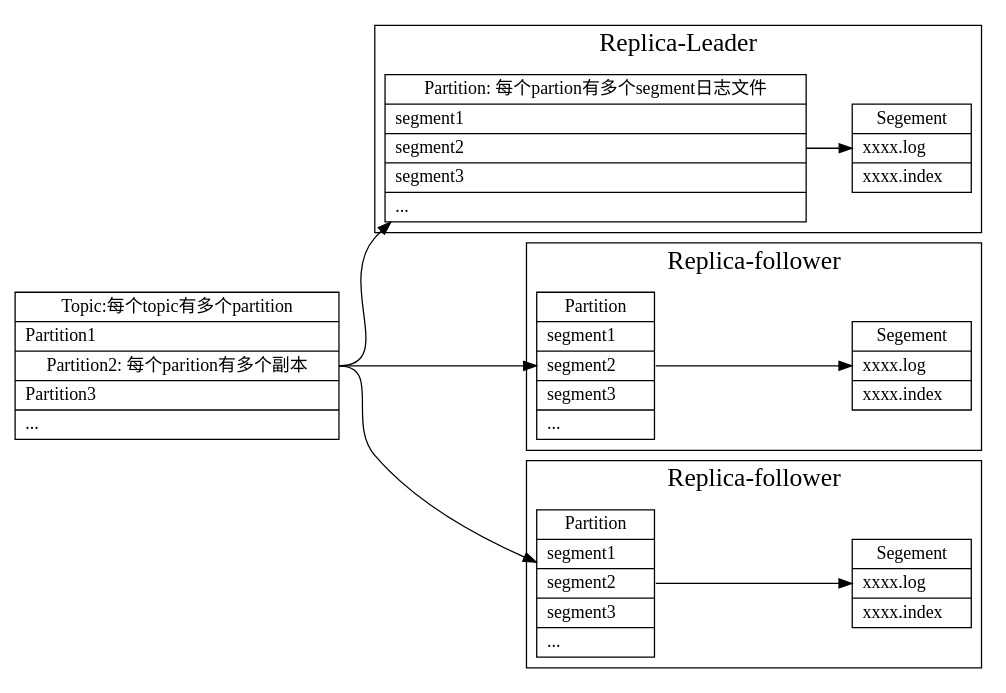
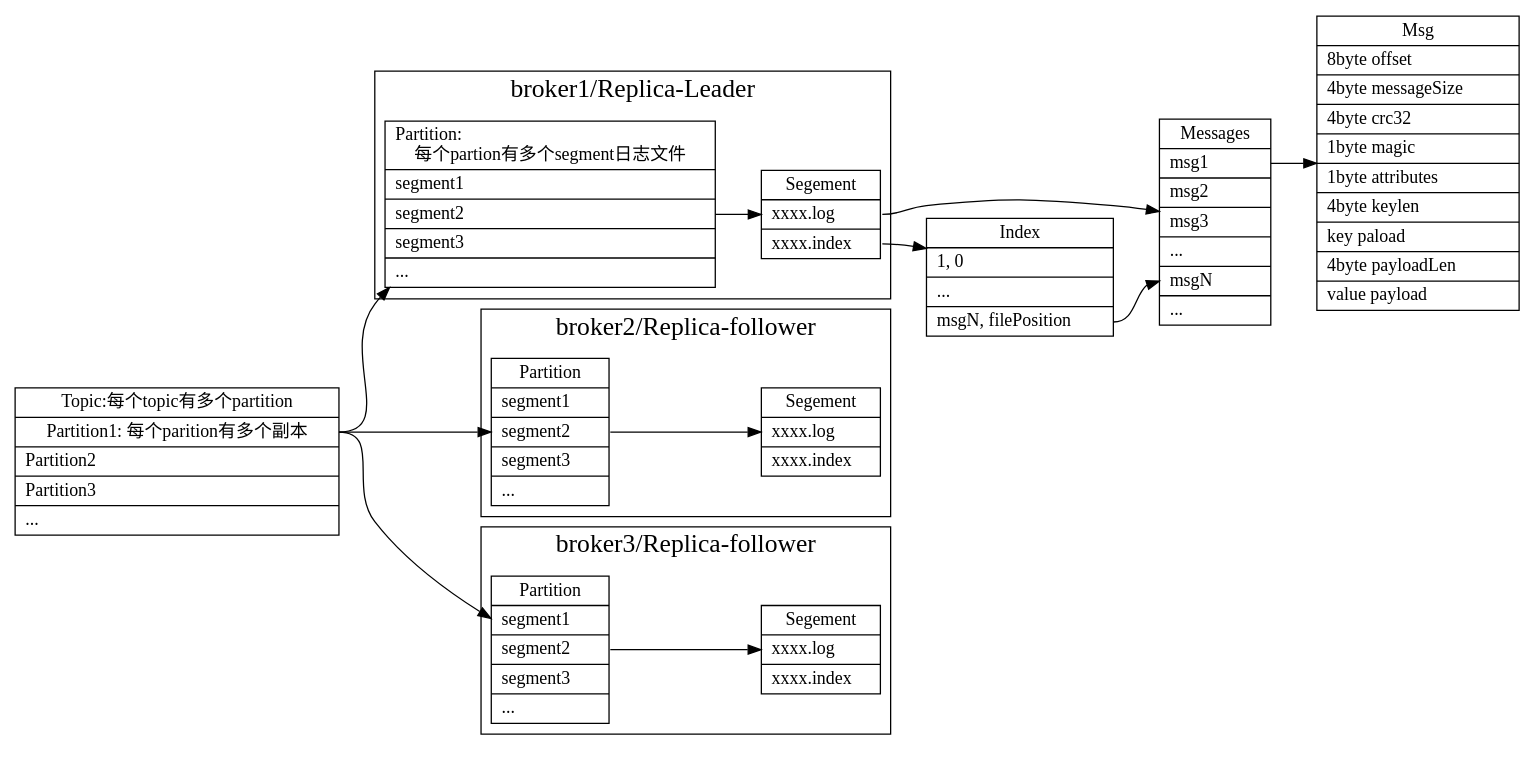
Before and after one commit to xieyu/blog: the diagram in src/kafka/log_struct.dot, drawn with Graphviz. The commit also changed 4 other files, not shown here.

```diff
--- a/src/kafka/log_struct.dot
+++ b/src/kafka/log_struct.dot
@@ -1,82 +1,122 @@
 digraph logStruct {
   node[shape=box];
   newrank=true;
   rankdir=LR;
   Topic[shape="record";
     label="{{
       Topic:每个topic有多个partition|
-        Partition1\l|
-        <p> Partition2: 每个parition有多个副本|
+        <p> Partition1: 每个parition有多个副本|
+        Partition2 \l|
         Partition3\l|
         ...\l
     }}";
   ];
 
   Partition[shape="record";
     label="{{
-      Partition: 每个partion有多个segment日志文件|
+      Partition:\l每个partion有多个segment日志文件|
         segment1 \l|
         <s> segment2 \l|
         segment3 \l|
         ... \l
     }}";
   ];
   Segement[shape="record";
     label="{{
       Segement|
-        xxxx.log\l|
-        xxxx.index\l
+        <msg> xxxx.log\l|
+        <index> xxxx.index\l
     }}";
   ];
 
+  Messages[shape="record";
+    label="{{
+      Messages|
+        <msg> msg1\l|
+        msg2\l|
+        msg3\l|
+        ...\l|
+        <msgN> msgN\l|
+        ...\l
+    }}";
+  ];
+
+  Index[shape="record";
+    label="{{
+      Index|
+        1, 0\l|
+        ...\l|
+        <msgN> msgN, filePosition\l
+    }}";
+  ];
+  Message[shape="record";
+    label="{{
+      Msg|
+        8byte offset\l|
+        4byte messageSize \l|
+        4byte crc32\l|
+        1byte magic\l|
+        1byte attributes\l|
+        4byte keylen\l|
+        key paload\l|
+        4byte payloadLen\l|
+        value payload\l
+    }}";
+  ];
+
+  Segement:msg -> Messages;
+  Segement:index -> Index;
+  Messages:msg -> Message;
+  Index:msgN -> Messages:msgN;
+
   subgraph cluster_ReplicaLeader {
-    graph[label="Replica-Leader";fontsize=20;];
+    graph[label="broker1/Replica-Leader";fontsize=20;];
     Partition;
     Segement;
   }
 
   subgraph cluster_Replica2 {
-    graph[label="Replica-follower";fontsize=20;];
+    graph[label="broker2/Replica-follower";fontsize=20;];
     Partition2[shape="record";
       label="{{
         Partition|
           segment1 \l|
           <s> segment2 \l|
           segment3 \l|
           ... \l
       }}";
     ];
     Segement2[shape="record";
       label="{{
         Segement|
           xxxx.log\l|
           xxxx.index\l
       }}";
     ];
     Partition2:s -> Segement2;
   }
 
   subgraph cluster_Replica3 {
-    graph[label="Replica-follower";fontsize=20;];
+    graph[label="broker3/Replica-follower";fontsize=20;];
     Partition3[shape="record";
       label="{{
         Partition|
           segment1 \l|
           <s> segment2 \l|
           segment3 \l|
           ... \l
       }}";
     ];
     Segement3[shape="record";
       label="{{
         Segement|
           xxxx.log\l|
           xxxx.index\l
       }}";
     ];
     Partition3:s -> Segement3;
   }
 
   Topic:p -> {Partition, Partition2, Partition3};
   Partition:s -> Segement;
 }
```
